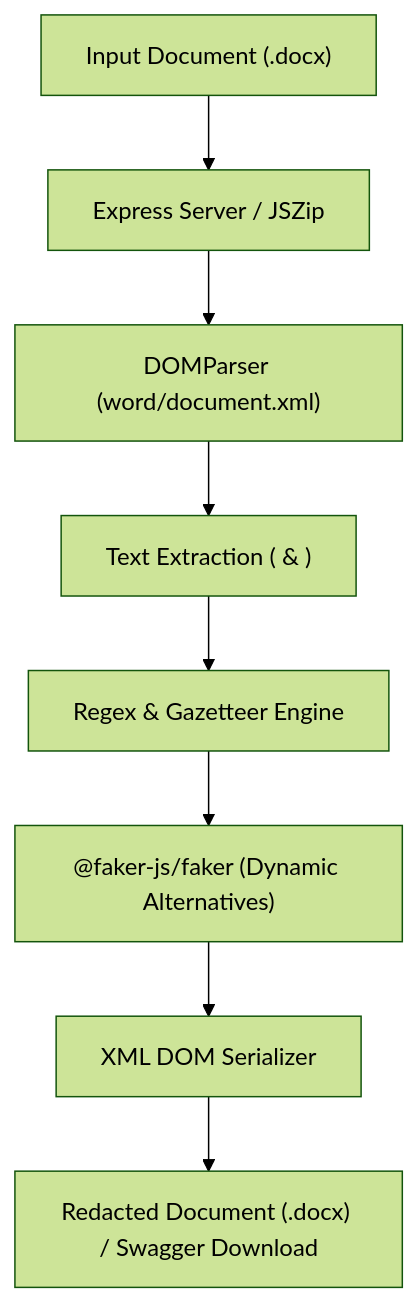
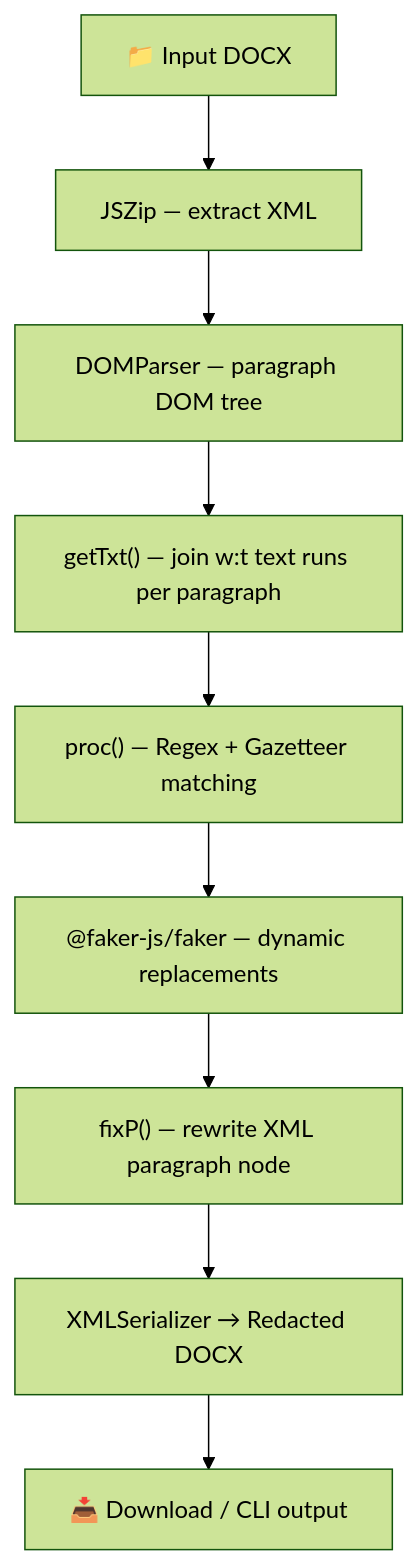
Before and after one commit to animeshtripathii/pii-redaction-tool: the first of 2 diagrams in README.md, drawn with Mermaid (forest theme). The commit also changed other lines of this file and 1 other file, not shown here.

````diff
--- a/README.md
+++ b/README.md
@@ -9,10 +38,11 @@
 ```mermaid
 graph TD
-    A["Input Document (.docx)"] --> B["Express Server / JSZip"]
-    B --> C["DOMParser (word/document.xml)"]
-    C --> D["Text Extraction (<w:p> & <w:t>)"]
-    D --> E["Regex & Gazetteer Engine"]
-    E --> F["@faker-js/faker (Dynamic Alternatives)"]
-    F --> G["XML DOM Serializer"]
-    G --> H["Redacted Document (.docx) / Swagger Download"]
+    A["📁 Input DOCX"] --> B["JSZip — extract XML"]
+    B --> C["DOMParser — paragraph DOM tree"]
+    C --> D["getTxt() — join w:t text runs per paragraph"]
+    D --> E["proc() — Regex + Gazetteer matching"]
+    E --> F["@faker-js/faker — dynamic replacements"]
+    F --> G["fixP() — rewrite XML paragraph node"]
+    G --> H["XMLSerializer → Redacted DOCX"]
+    H --> I["📥 Download / CLI output"]
 ```
````
